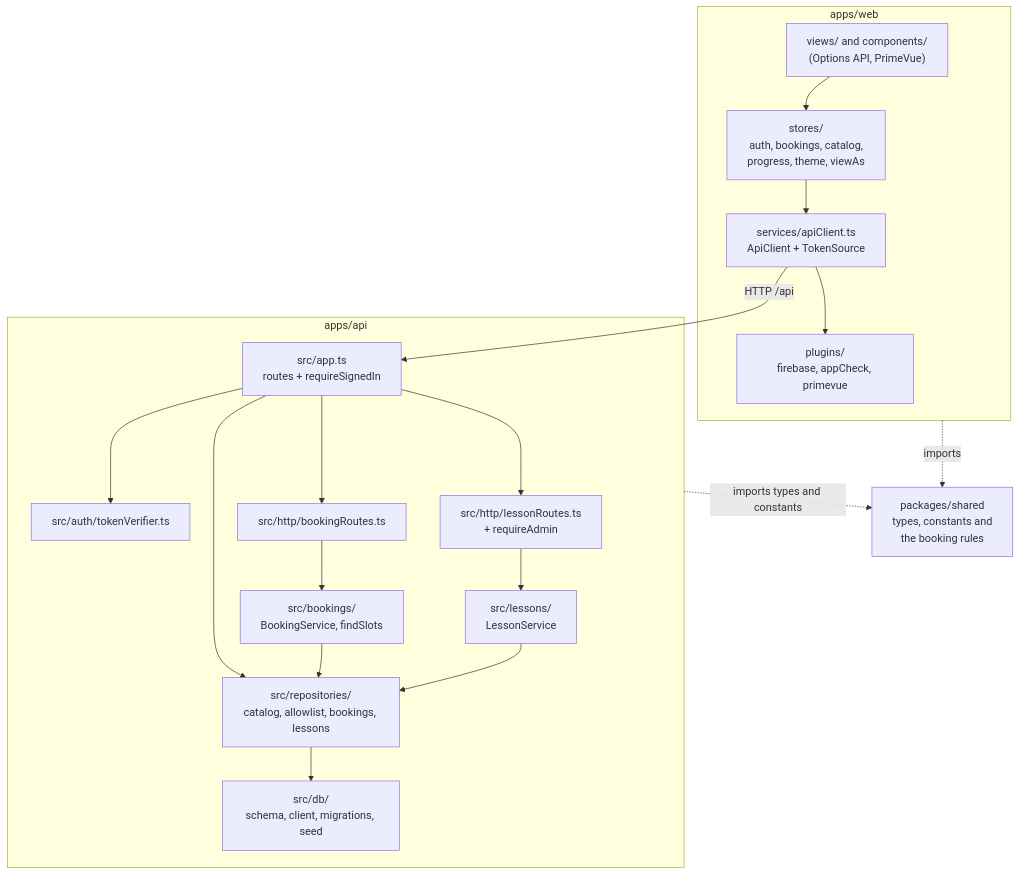
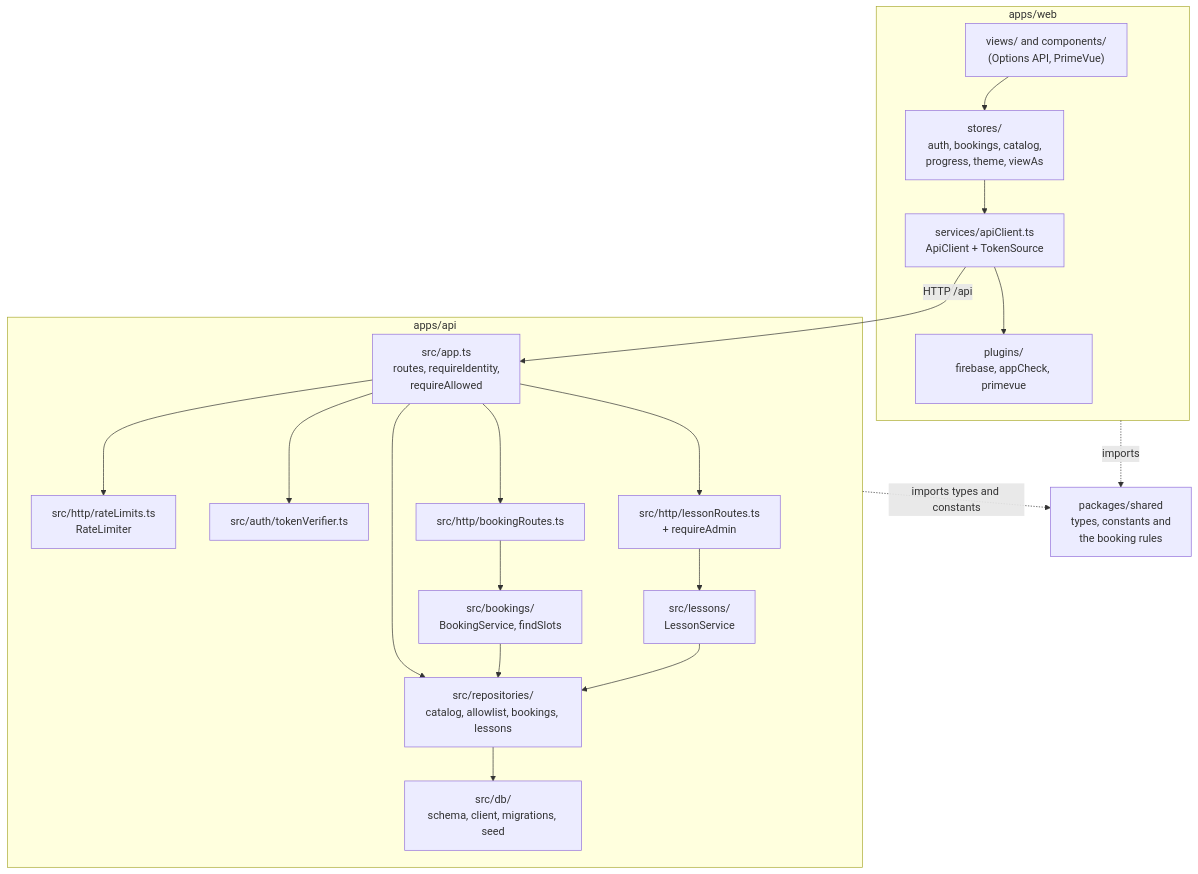
Before and after one commit to Valiance-Studios/halo-drivers-ed: the second of 8 diagrams in ARCHITECTURE.md, drawn with Mermaid. The commit also changed other lines of this file and 13 other files, not shown here.

````diff
--- a/ARCHITECTURE.md
+++ b/ARCHITECTURE.md
@@ -76,38 +76,40 @@
 ```mermaid
 flowchart TB
     subgraph web["apps/web"]
         views["views/ and components/<br/>(Options API, PrimeVue)"]
         stores["stores/<br/>auth, bookings, catalog,<br/>progress, theme, viewAs"]
         client["services/apiClient.ts<br/>ApiClient + TokenSource"]
         plugins["plugins/<br/>firebase, appCheck, primevue"]
         views --> stores
         stores --> client
         client --> plugins
     end
 
     subgraph api["apps/api"]
-        app["src/app.ts<br/>routes + requireSignedIn"]
+        app["src/app.ts<br/>routes, requireIdentity,<br/>requireAllowed"]
+        limits["src/http/rateLimits.ts<br/>RateLimiter"]
         verifier["src/auth/tokenVerifier.ts"]
         bookingRoutes["src/http/bookingRoutes.ts"]
         service["src/bookings/<br/>BookingService, findSlots"]
         lessonRoutes["src/http/lessonRoutes.ts<br/>+ requireAdmin"]
         lessonService["src/lessons/<br/>LessonService"]
         repos["src/repositories/<br/>catalog, allowlist, bookings, lessons"]
         db["src/db/<br/>schema, client, migrations, seed"]
         app --> verifier
+        app --> limits
         app --> repos
         app --> bookingRoutes
         bookingRoutes --> service
         service --> repos
         app --> lessonRoutes
         lessonRoutes --> lessonService
         lessonService --> repos
         repos --> db
     end
 
     shared["packages/shared<br/>types, constants and<br/>the booking rules"]
 
     client -- "HTTP /api" --> app
     web -. "imports" .-> shared
     api -. "imports types and constants" .-> shared
 ```
````
